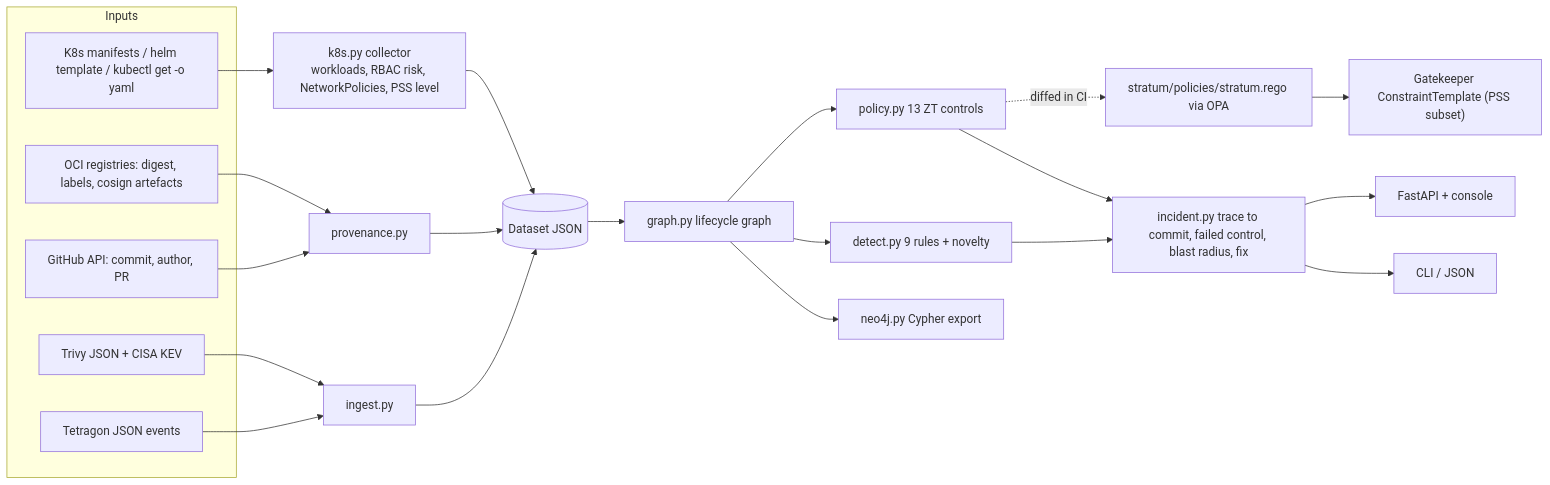
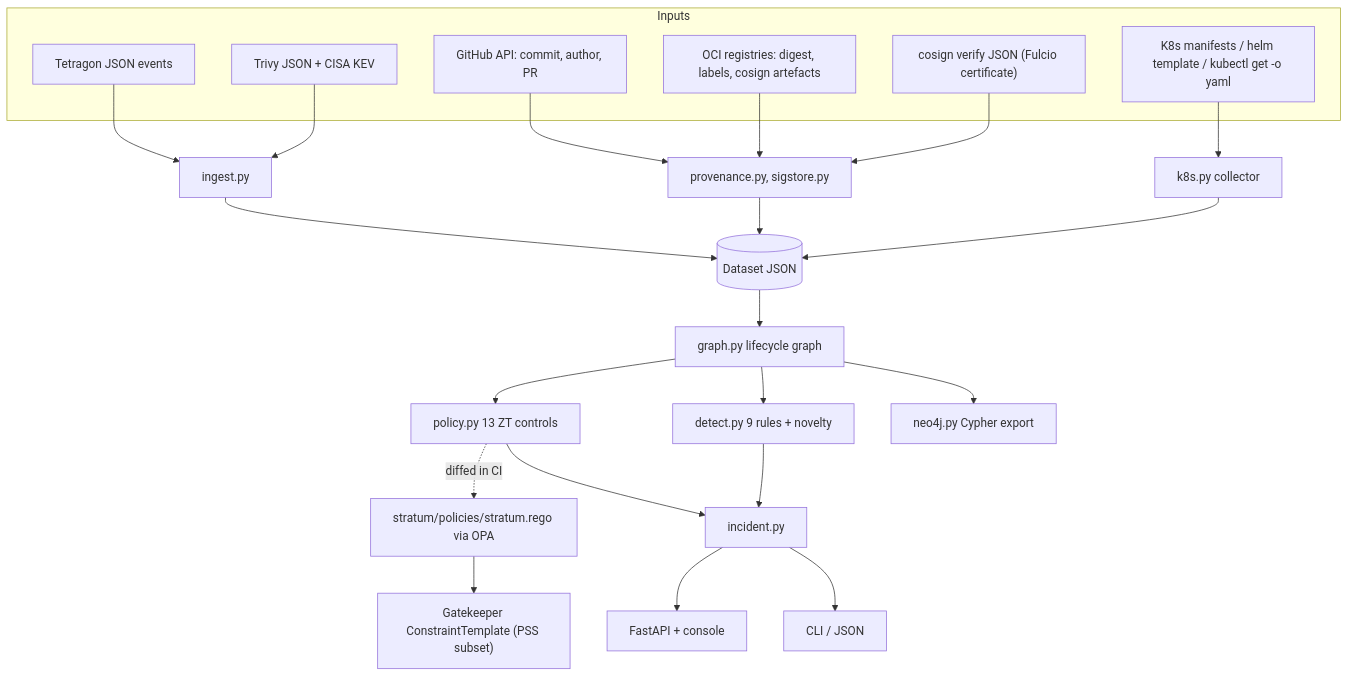
The diagram in docs/architecture.md (rakshit-737/stratum), drawn with Mermaid before and after one commit. The commit also changed other lines of this file and 25 other files, not shown here.

````diff
--- a/docs/architecture.md
+++ b/docs/architecture.md
@@ -3,28 +3,30 @@
 ```mermaid
-flowchart LR
+flowchart TB
   subgraph Inputs
     MAN["K8s manifests / helm template / kubectl get -o yaml"]
     REG["OCI registries: digest, labels, cosign artefacts"]
     GH["GitHub API: commit, author, PR"]
     TRV["Trivy JSON + CISA KEV"]
     TET["Tetragon JSON events"]
+    SIG["cosign verify JSON (Fulcio certificate)"]
   end
-  MAN --> K8S["k8s.py collector<br/>workloads, RBAC risk, NetworkPolicies, PSS level"]
-  REG --> PROV["provenance.py"]
+  SIG --> PROV
+  MAN --> K8S["k8s.py collector"]
+  REG --> PROV["provenance.py, sigstore.py"]
   GH --> PROV
   TRV --> ING["ingest.py"]
   TET --> ING
   K8S --> DS[("Dataset JSON")]
   PROV --> DS
   ING --> DS
   DS --> G["graph.py lifecycle graph"]
   G --> POL["policy.py 13 ZT controls"]
   POL -. "diffed in CI" .-> REGO["stratum/policies/stratum.rego via OPA"]
   G --> DET["detect.py 9 rules + novelty"]
-  DET --> INC["incident.py trace to commit, failed control, blast radius, fix"]
+  DET --> INC["incident.py"]
   POL --> INC
   INC --> API["FastAPI + console"]
   REGO --> GK["Gatekeeper ConstraintTemplate (PSS subset)"]
   G --> NEO["neo4j.py Cypher export"]
   INC --> CLI["CLI / JSON"]
 ```
````
